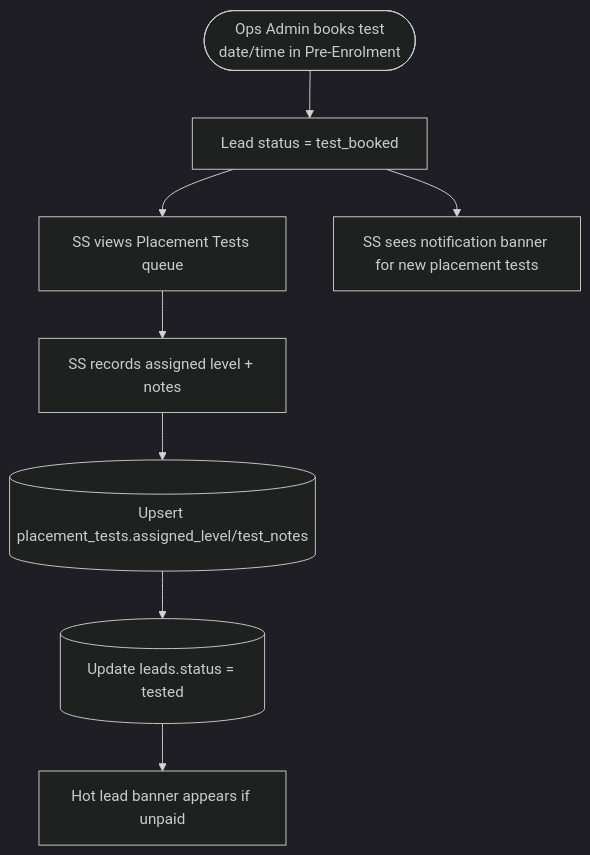
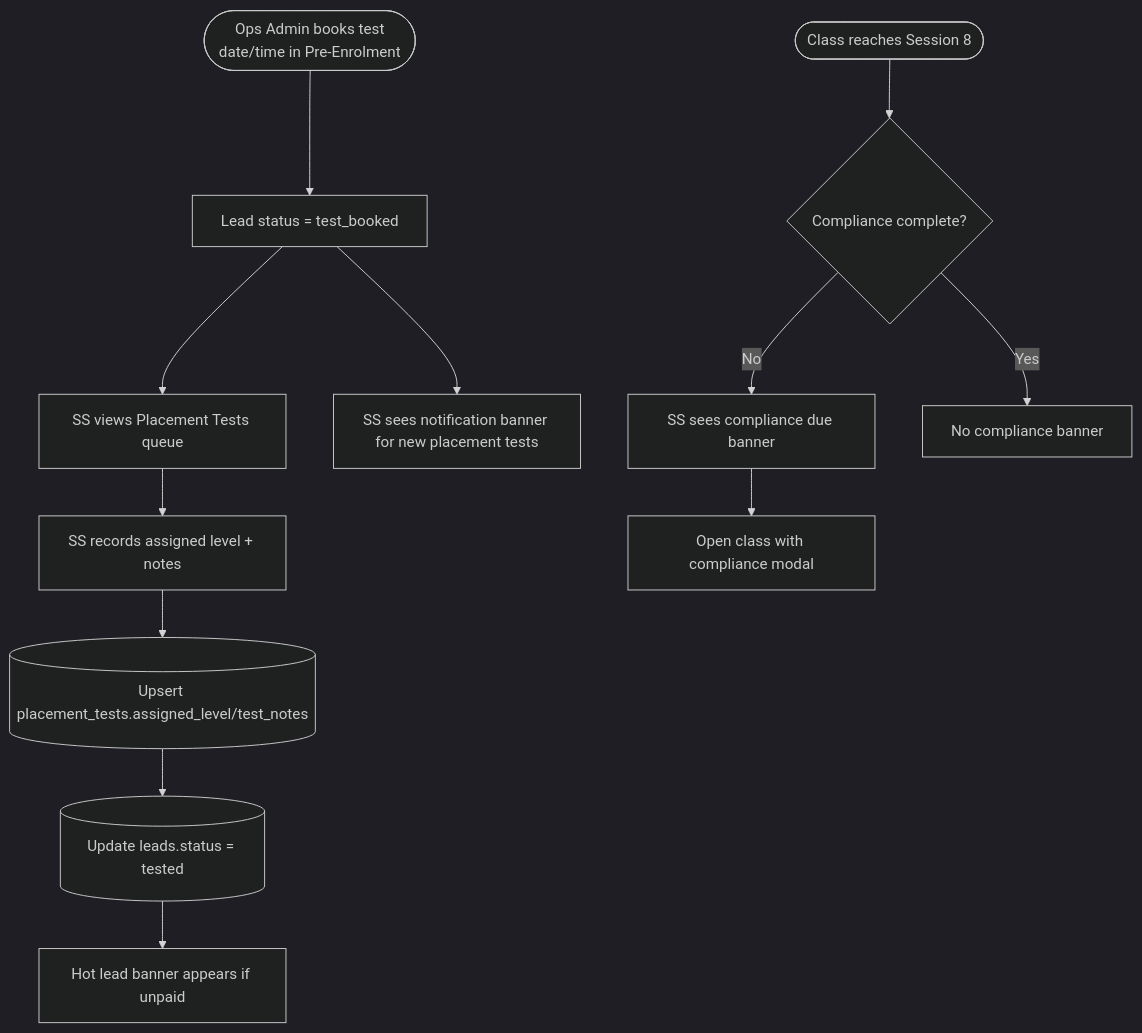
The second of 7 diagrams in memory/flows/student_success_workflow.md (MahmoudObeid1001/eighty-twenty-ops), drawn with Mermaid (dark theme) before and after one commit. The commit also changed other lines of this file and 1804 other files, not shown here.

````diff
--- a/memory/flows/student_success_workflow.md
+++ b/memory/flows/student_success_workflow.md
@@ -54,11 +54,16 @@
 ```mermaid
 flowchart TD
 Start([Ops Admin books test<br/>date/time in Pre-Enrolment]) --> StatusTestBooked[Lead status = test_booked]
     StatusTestBooked --> SSQueue[SS views Placement Tests queue]
     SSQueue --> RecordResult[SS records assigned level + notes]
     RecordResult --> UpdatePlacement[(Upsert placement_tests.assigned_level/test_notes)]
     UpdatePlacement --> MarkTested[(Update leads.status = tested)]
 MarkTested --> HotLeadBanner[Hot lead banner appears if unpaid]
 
     StatusTestBooked --> SSNotification[SS sees notification banner for new placement tests]
+
+    ClassEnd([Class reaches Session 8]) --> ComplianceDue{Compliance complete?}
+    ComplianceDue -->|No| ComplianceBanner[SS sees compliance due banner]
+    ComplianceBanner --> OpenComplianceClass[Open class with compliance modal]
+    ComplianceDue -->|Yes| NoBanner[No compliance banner]
 ```
````
